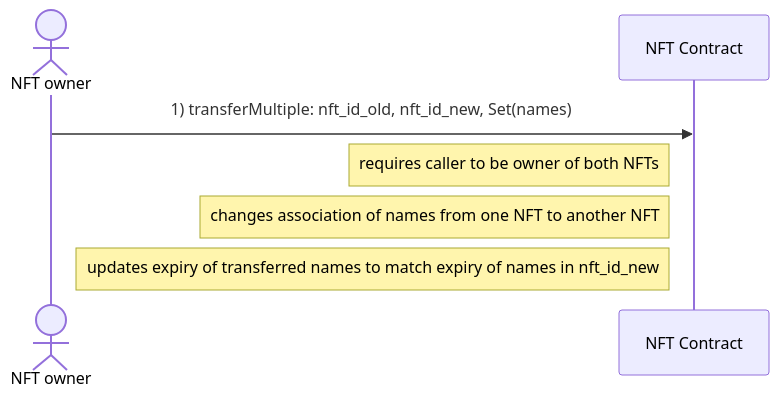
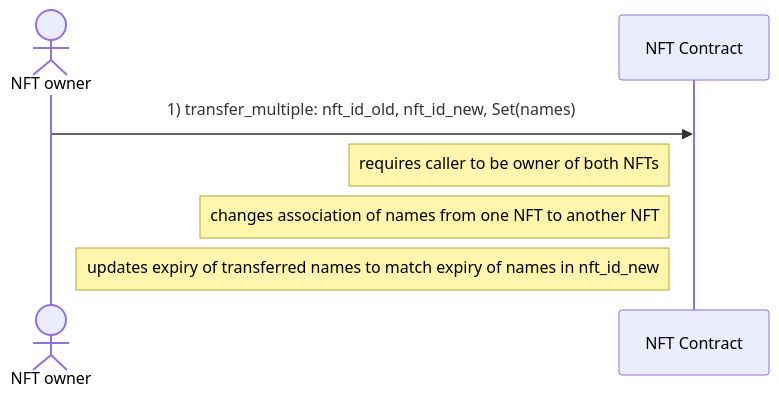
The second of 3 diagrams in docs/diagrams/transfer_aens_names.md (marc0olo/aens-nfts), drawn with Mermaid before and after one commit. The commit also changed other lines of this file and 17 other files, not shown here.

````diff
--- a/docs/diagrams/transfer_aens_names.md
+++ b/docs/diagrams/transfer_aens_names.md
@@ -16,8 +16,8 @@
 ```mermaid
 sequenceDiagram
     actor NFT owner
-    NFT owner ->> NFT Contract: 1) transferMultiple: nft_id_old, nft_id_new, Set(names)
+    NFT owner ->> NFT Contract: 1) transfer_multiple: nft_id_old, nft_id_new, Set(names)
     Note left of NFT Contract: requires caller to be owner of both NFTs
     Note left of NFT Contract: changes association of names from one NFT to another NFT
     Note left of NFT Contract: updates expiry of transferred names to match expiry of names in nft_id_new
 ```
````
